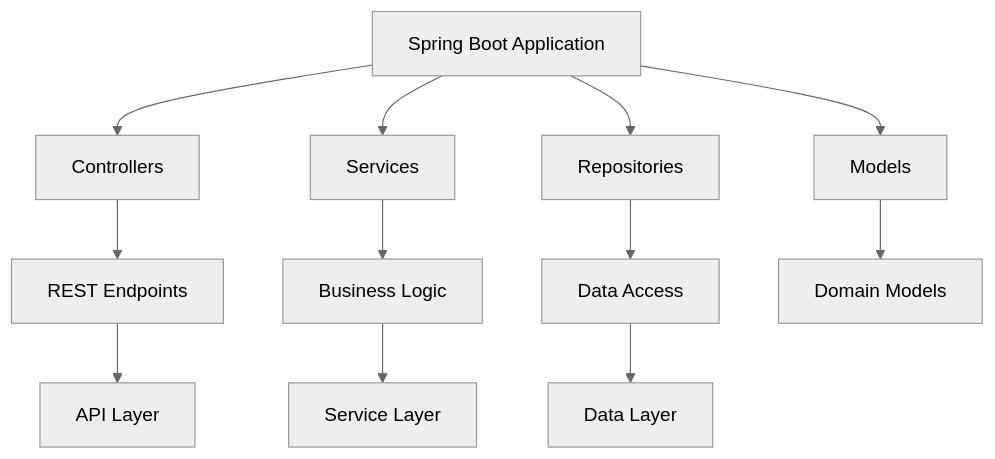
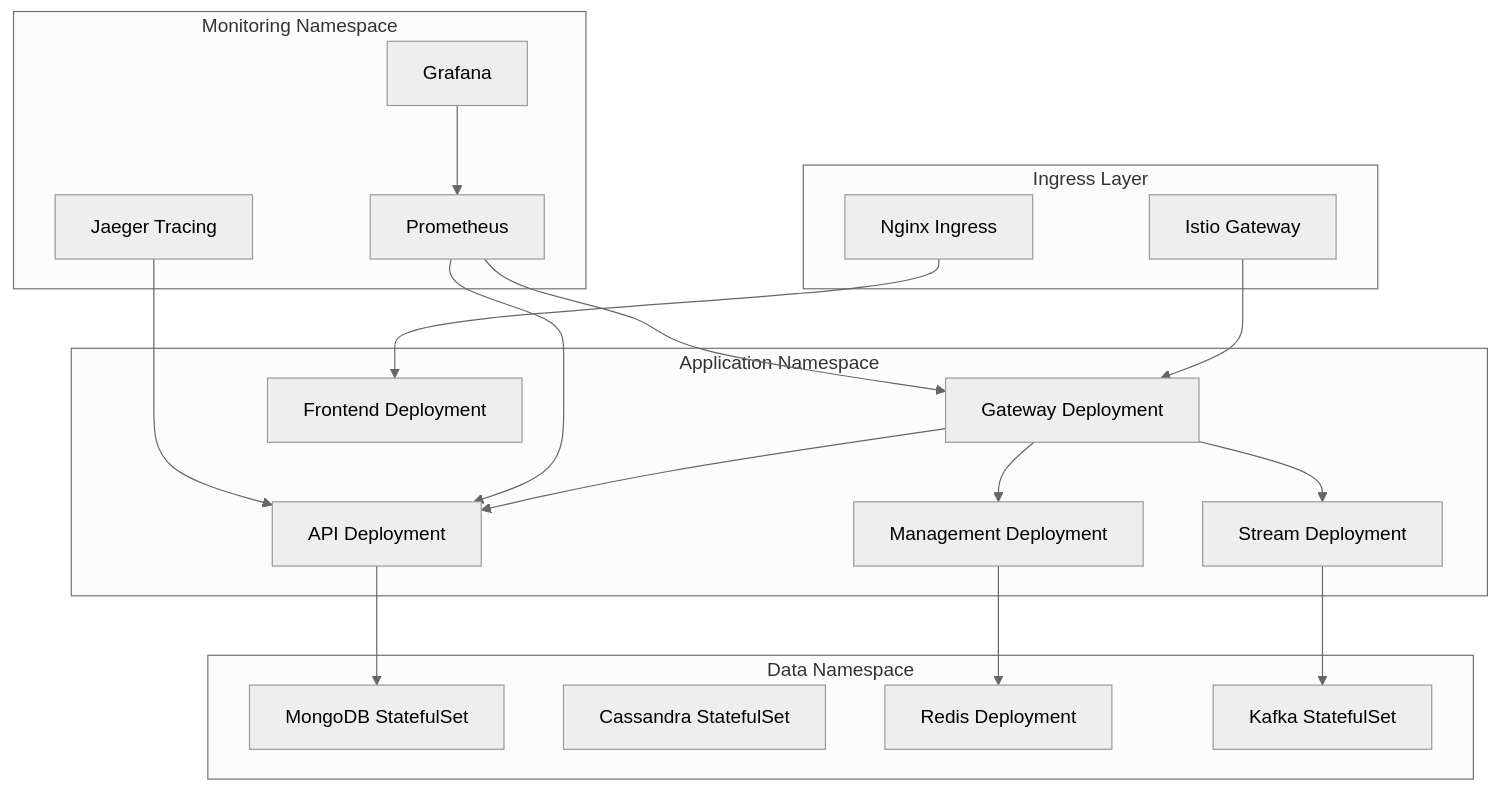
Before and after one commit to flamingo-stack/openframe-oss-tenant: diagram 13 of 15 in docs/development/architecture/overview.md, drawn with Mermaid (neutral theme). The commit also changed other lines of this file and 9 other files, not shown here.

````diff
--- a/docs/development/architecture/overview.md
+++ b/docs/development/architecture/overview.md
@@ -67,16 +547,44 @@
 ```mermaid
-graph TD
-    A[Spring Boot Application] --> B[Controllers]
-    A --> C[Services]
-    A --> D[Repositories]
-    A --> E[Models]
+graph TB
+    subgraph "Ingress Layer"
+        Istio[Istio Gateway]
+        Nginx[Nginx Ingress]
+    end
     
-    B --> F[REST Endpoints]
-    C --> G[Business Logic]
-    D --> H[Data Access]
-    E --> I[Domain Models]
+    subgraph "Application Namespace"
+        GW[Gateway Deployment]
+        API[API Deployment]
+        Management[Management Deployment]
+        Stream[Stream Deployment]
+        Frontend[Frontend Deployment]
+    end
     
-    F --> J[API Layer]
-    G --> K[Service Layer]
-    H --> L[Data Layer]
+    subgraph "Data Namespace"
+        MongoDB[MongoDB StatefulSet]
+        Cassandra[Cassandra StatefulSet]
+        Redis[Redis Deployment]
+        Kafka[Kafka StatefulSet]
+    end
+    
+    subgraph "Monitoring Namespace"
+        Prometheus[Prometheus]
+        Grafana[Grafana]
+        Jaeger[Jaeger Tracing]
+    end
+    
+    Istio --> GW
+    Nginx --> Frontend
+    
+    GW --> API
+    GW --> Management
+    GW --> Stream
+    
+    API --> MongoDB
+    Stream --> Kafka
+    Management --> Redis
+    
+    Prometheus --> API
+    Prometheus --> GW
+    Grafana --> Prometheus
+    Jaeger --> API
 ```
````
